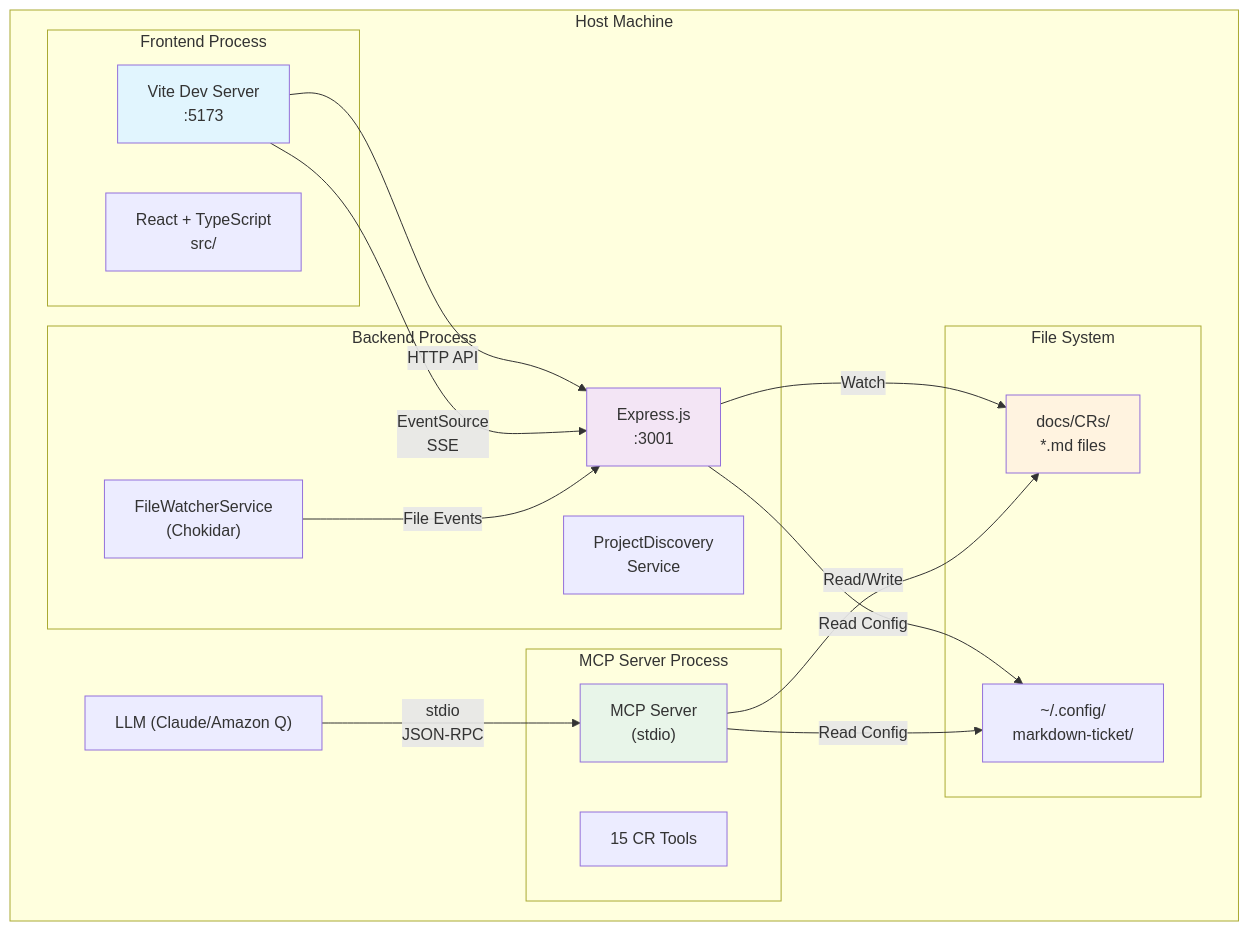
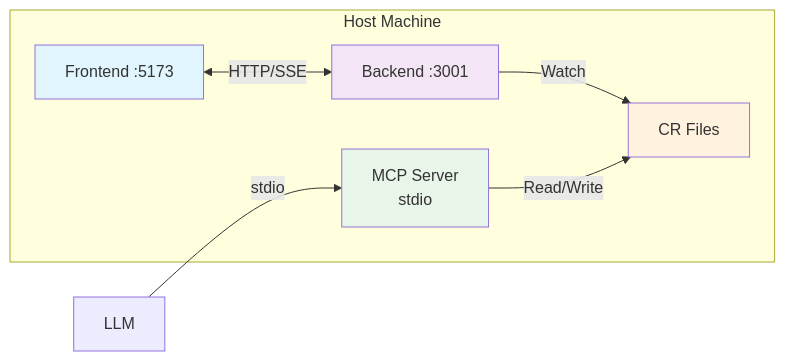
Before and after one commit to andkirby/markdown-ticket: the first of 2 diagrams in docs/CRs/MDT-055-docker-containerization-architecture-for-multi-ser.md, drawn with Mermaid. The commit also changed other lines of this file, not shown here.

First line of the commit message:
feat: simplify MDT-055 Docker containerization architecture

````diff
--- a/docs/CRs/MDT-055-docker-containerization-architecture-for-multi-ser.md
+++ b/docs/CRs/MDT-055-docker-containerization-architecture-for-multi-ser.md
@@ -32,41 +21,19 @@
 ```mermaid
-graph TB
+graph LR
     subgraph "Host Machine"
-        LLM["LLM (Claude/Amazon Q)"]
-        
-        subgraph "Frontend Process"
-            FE["Vite Dev Server<br/>:5173"]
-            FE_SRC["React + TypeScript<br/>src/"]
-        end
-        
-        subgraph "Backend Process"
-            BE["Express.js<br/>:3001"]
-            FW["FileWatcherService<br/>(Chokidar)"]
-            PD["ProjectDiscovery<br/>Service"]
-        end
-        
-        subgraph "MCP Server Process"
-            MCP["MCP Server<br/>(stdio)"]
-            MCP_TOOLS["15 CR Tools"]
-        end
-        
-        subgraph "File System"
-            CRS["docs/CRs/<br/>*.md files"]
-            CONFIG["~/.config/<br/>markdown-ticket/"]
-        end
+        FE[Frontend :5173]
+        BE[Backend :3001]
+        MCP[MCP Server<br/>stdio]
+        FILES[CR Files]
     end
-    
-    FE -->|HTTP API| BE
-    FE -->|EventSource<br/>SSE| BE
-    BE -->|Watch| CRS
-    BE -->|Read Config| CONFIG
-    FW -->|File Events| BE
-    LLM -->|stdio<br/>JSON-RPC| MCP
-    MCP -->|Read/Write| CRS
-    MCP -->|Read Config| CONFIG
-    
+
+    FE <-->|HTTP/SSE| BE
+    BE -->|Watch| FILES
+    LLM -->|stdio| MCP
+    MCP -->|Read/Write| FILES
+
     style FE fill:#e1f5fe
     style BE fill:#f3e5f5
     style MCP fill:#e8f5e9
-    style CRS fill:#fff3e0
+    style FILES fill:#fff3e0
 ```
````
